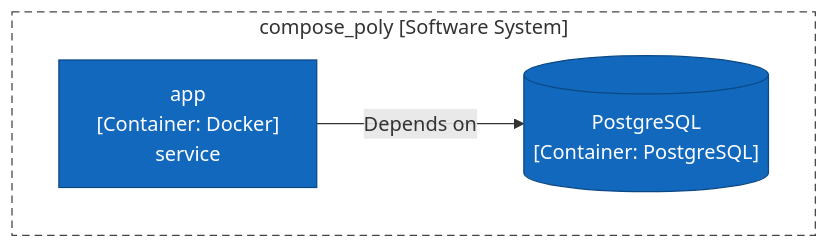
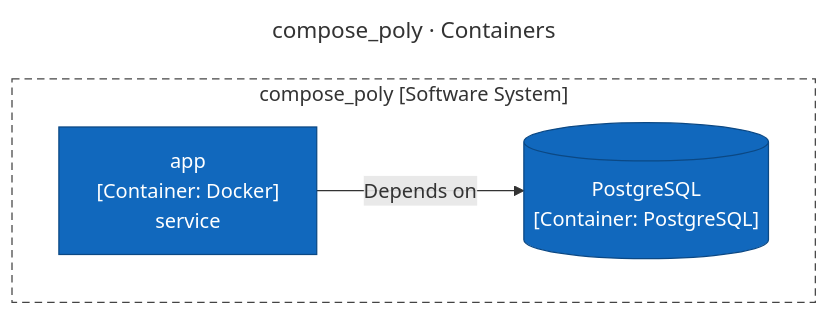
Before and after one commit to ythalorossy/architecture-skills: the first of 3 diagrams in tests/golden/compose_poly/output/ArchitectureReport.md, drawn with Mermaid. The commit also changed other lines of this file and 56 other files, not shown here.

First line of the commit message:
feat(c4): title every diagram and add one Key to the report

````diff
--- a/tests/golden/compose_poly/output/ArchitectureReport.md
+++ b/tests/golden/compose_poly/output/ArchitectureReport.md
@@ -27,16 +38,19 @@
 ```mermaid
+---
+title: "compose_poly · Containers"
+---
 flowchart TB
     subgraph boundary["compose_poly [Software System]"]
         app["app<br/>[Container: Docker]<br/>service"]
         db_postgresql[("PostgreSQL<br/>[Container: PostgreSQL]")]
     end
     app -->|"Depends on"| db_postgresql
     classDef person fill:#08427b,stroke:#052e56,color:#ffffff
     classDef container fill:#1168bd,stroke:#0b4884,color:#ffffff
     classDef system fill:#1168bd,stroke:#0b4884,color:#ffffff
     classDef component fill:#85bbf0,stroke:#5d82a8,color:#000000
     classDef external fill:#999999,stroke:#6b6b6b,color:#ffffff
     classDef shared fill:#dbe9f6,stroke:#5d82a8,color:#000000,stroke-dasharray:4 3
     class app,db_postgresql container
     style boundary fill:none,stroke:#444444,stroke-dasharray:6 4
 ```
````
